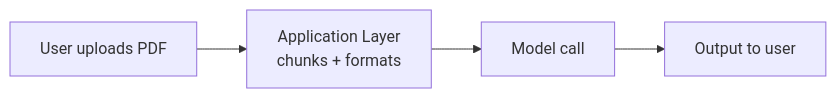
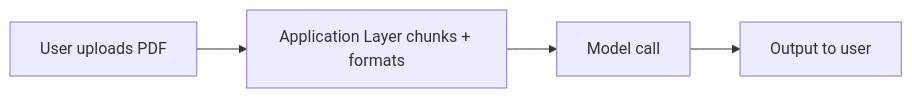
The second of 4 diagrams in module-06-ai-product-stack.md (mjac-yue/ai-architecture-for-pms), drawn with Mermaid before and after one commit. The commit also changed other lines of this file and 15 other files, not shown here.

First line of the commit message:
Remove HTML tags from Mermaid node labels for Obsidian compatibility

````diff
--- a/module-06-ai-product-stack.md
+++ b/module-06-ai-product-stack.md
@@ -101,4 +101,4 @@
 ```mermaid
 flowchart LR
-    A["User uploads PDF"] --> B["Application Layer<br>chunks + formats"] --> C["Model call"] --> D["Output to user"]
+    A["User uploads PDF"] --> B["Application Layer chunks + formats"] --> C["Model call"] --> D["Output to user"]
 ```
````
